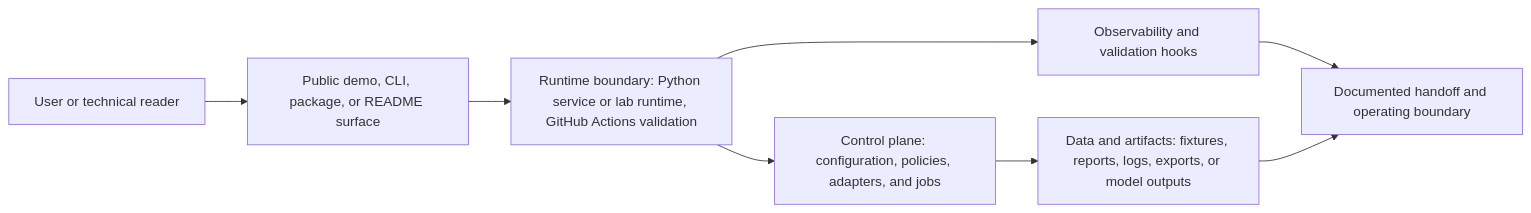
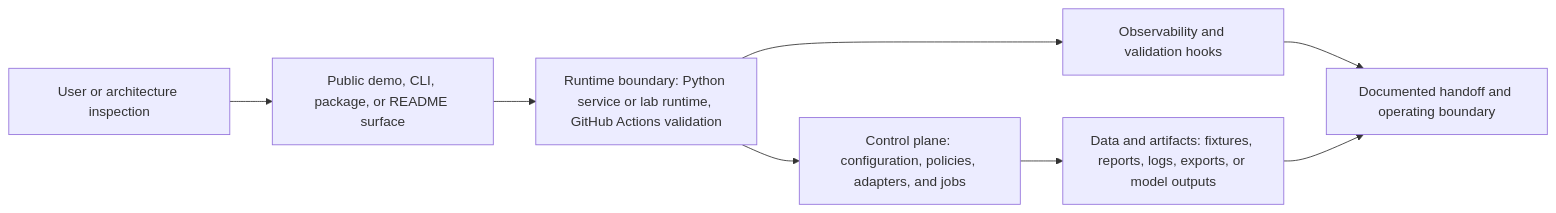
The diagram in docs/system-architecture.md (KIM3310/ai-security-redteam-lab), drawn with Mermaid before and after one commit. The commit also changed 7 other files, not shown here.

Commit message:
Polish architecture-centered repository surfaces

````diff
--- a/docs/system-architecture.md
+++ b/docs/system-architecture.md
@@ -18,10 +18,10 @@
 ```mermaid
 flowchart LR
-    User["User or technical reader"] --> Surface["Public demo, CLI, package, or README surface"]
+    User["User or architecture inspection"] --> Surface["Public demo, CLI, package, or README surface"]
     Surface --> Runtime["Runtime boundary: Python service or lab runtime, GitHub Actions validation"]
     Runtime --> Control["Control plane: configuration, policies, adapters, and jobs"]
     Control --> Data["Data and artifacts: fixtures, reports, logs, exports, or model outputs"]
     Runtime --> Observability["Observability and validation hooks"]
     Observability --> Handoff["Documented handoff and operating boundary"]
     Data --> Handoff
 ```
````
